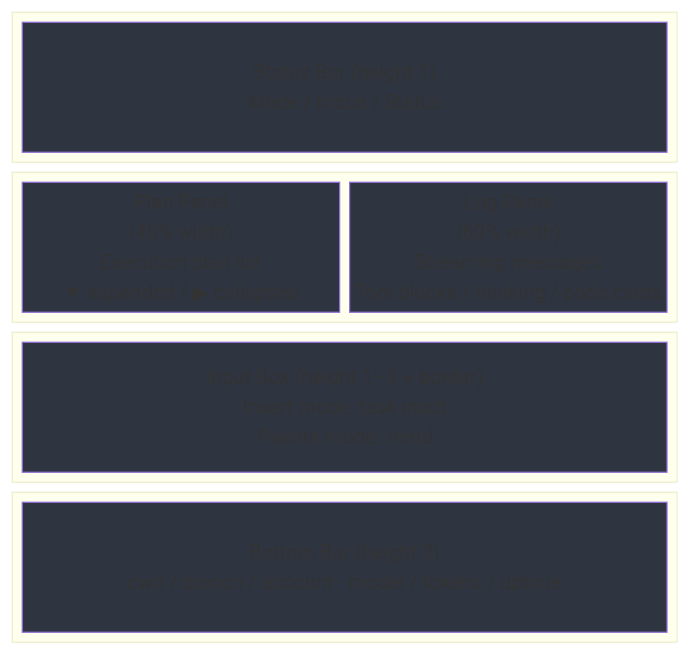
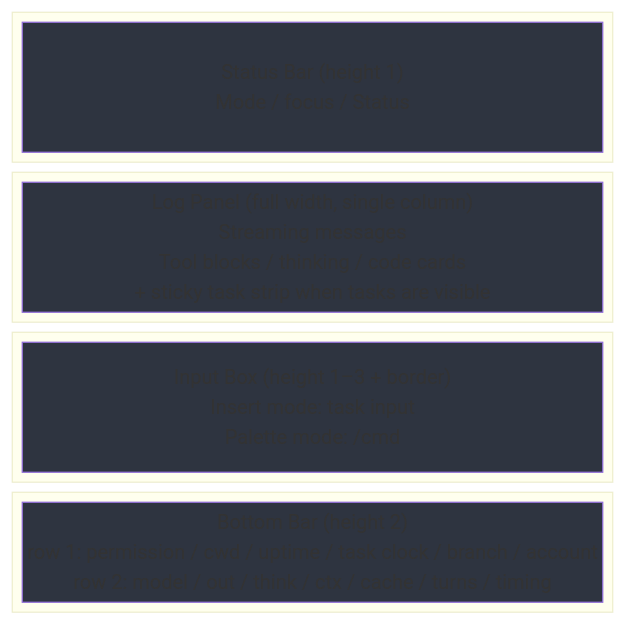
One commit to rust-infra/tact changed the sixth of 10 diagrams in ARCHITECTURE.md. Above: the diagram before and after it, drawn with Mermaid. The commit also changed 161 other files, not shown here.

````diff
--- a/ARCHITECTURE.md
+++ b/ARCHITECTURE.md
@@ -382,29 +382,27 @@
 ```mermaid
 block-beta
     columns 1
     space
     block:status
         columns 1
         status_bar["Status Bar (height 1)<br/>Mode / focus / Status"]
     end
     block:main
-        columns 2
-        plan["Plan Panel<br/>(40% width)<br/>Execution plan list<br/>▼ expanded / ▶ collapsed"]
-        log["Log Panel<br/>(60% width)<br/>Streaming messages<br/>Tool blocks / thinking / code cards"]
+        columns 1
+        log["Log Panel (full width, single column)<br/>Streaming messages<br/>Tool blocks / thinking / code cards<br/>+ sticky task strip when tasks are visible"]
     end
     block:input
         columns 1
         input_box["Input Box (height 1–3 + border)<br/>Insert mode: task input<br/>Palette mode: /cmd"]
     end
     block:bottom
         columns 1
-        bottom_bar["Bottom Bar (height 2)<br/>cwd / branch / account · model / tokens / uptime"]
+        bottom_bar["Bottom Bar (height 2)<br/>row 1: permission / cwd / uptime / task clock / branch / account<br/>row 2: model / out / think / ctx / cache / turns / timing"]
     end
     space
 
     style status_bar fill:#2e3440,color:#eceff4
-    style plan fill:#2e3440,color:#eceff4
     style log fill:#2e3440,color:#eceff4
     style input_box fill:#2e3440,color:#eceff4
     style bottom_bar fill:#2e3440,color:#eceff4
 ```
````
